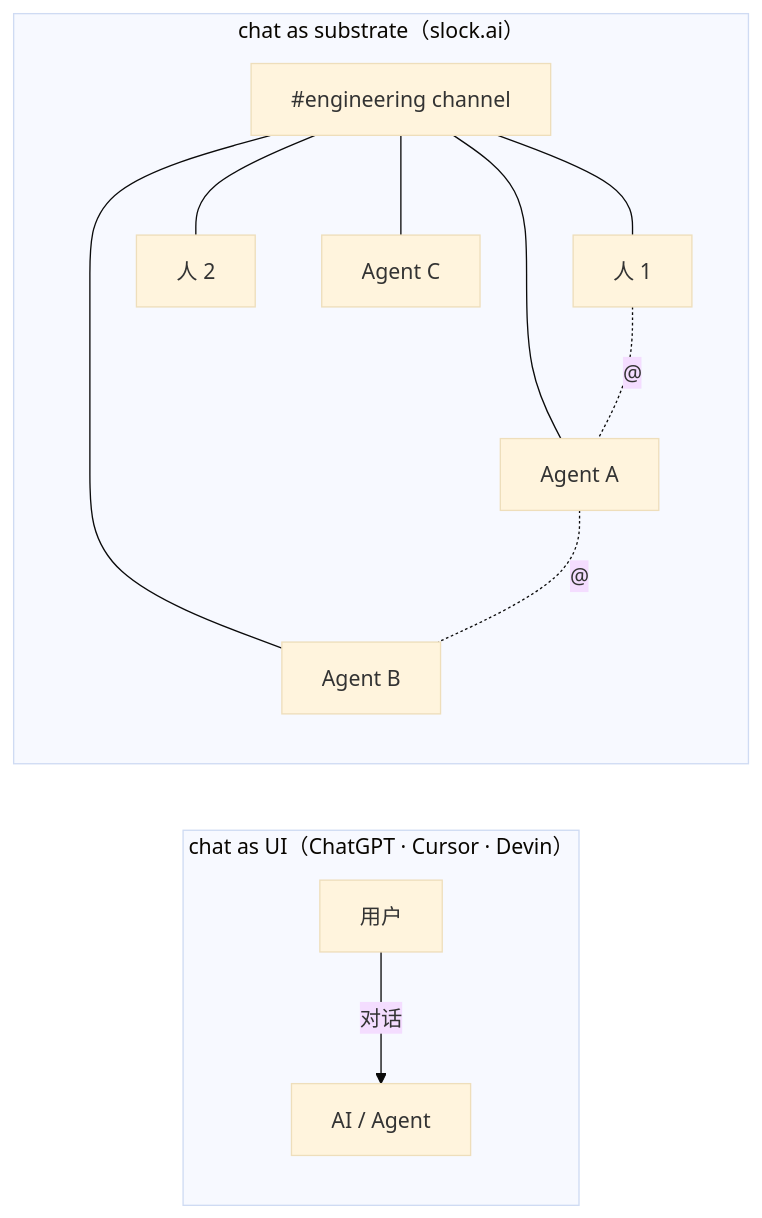
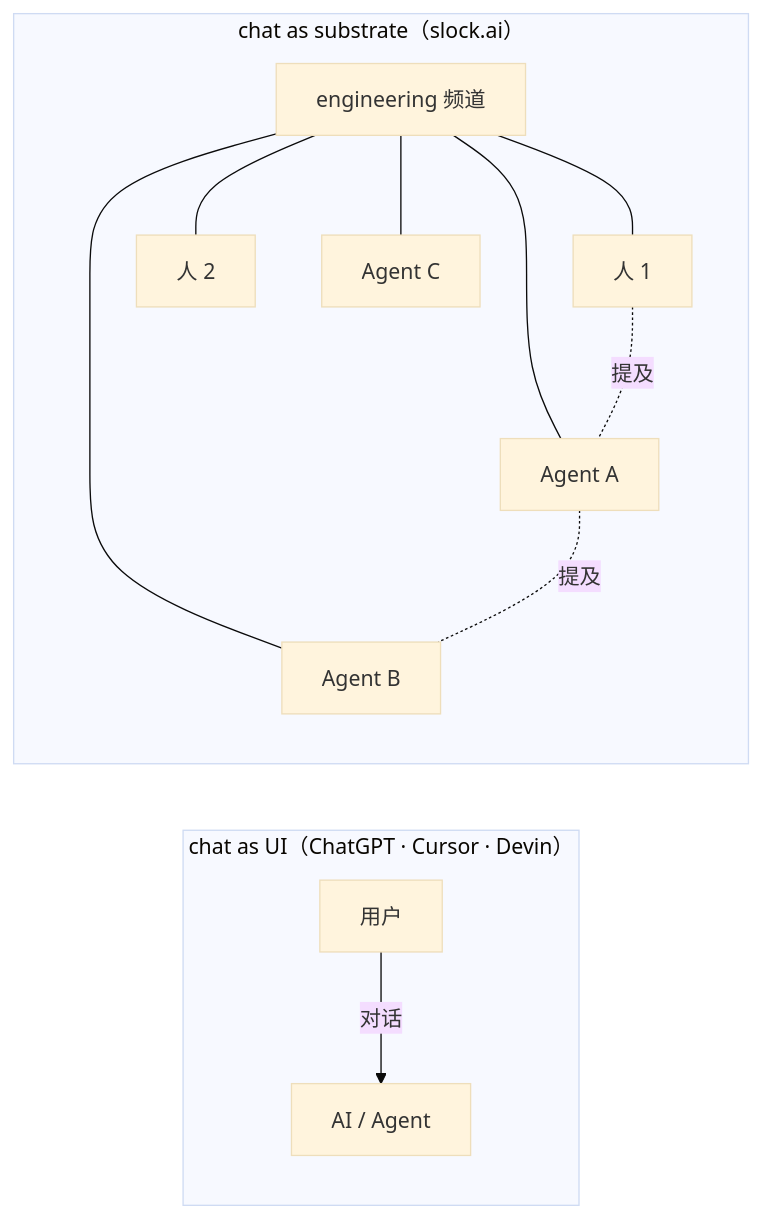
One commit to TCoherence/TCoherence.github.io changed the third of 5 diagrams in source/_posts/slock-ai-chat-as-substrate.md. Above: the diagram before and after it, drawn with Mermaid (base theme).

Commit message:
fix(post): mermaid syntax error in §4 chat-as-substrate diagram
mermaid v8.14 chokes on:
- '#' character in node labels even inside ["..."] quotes
  (#engineering channel → engineering 频道)
- '@' as a dotted-edge label (-.@.- → -.提及.-)

Both replacements preserve the semantics: a Slack-style channel where
agents and humans @-mention each other.

````diff
--- a/source/_posts/slock-ai-chat-as-substrate.md
+++ b/source/_posts/slock-ai-chat-as-substrate.md
@@ -168,16 +168,16 @@
 ```mermaid
 graph LR
  subgraph chat_ui["chat as UI（ChatGPT · Cursor · Devin）"]
  U1[用户] -->|对话| A1["AI / Agent"]
  end
  subgraph chat_substrate["chat as substrate（slock.ai）"]
- C1["#engineering channel"]
+ C1["engineering 频道"]
  C1 --- M1[人 1]
  C1 --- M2[人 2]
  C1 --- A2[Agent A]
  C1 --- A3[Agent B]
  C1 --- A4[Agent C]
- A2 -.@.- A3
- M1 -.@.- A2
+ A2 -.提及.- A3
+ M1 -.提及.- A2
  end
 ```
````
